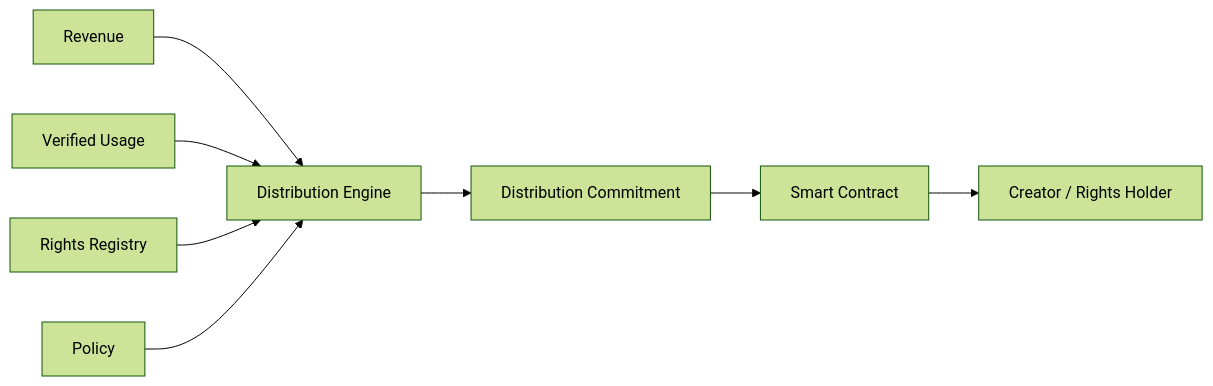
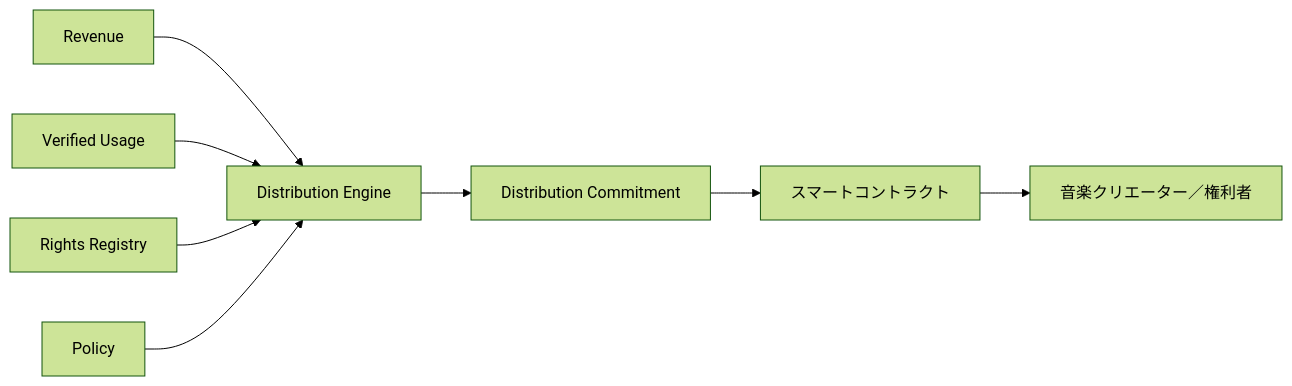
The fifth of 5 diagrams in docs/adr/ADR-0004-creator-distribution-model.md (ShigeichiroYamasaki/creator-first-platform), drawn with Mermaid (forest theme) before and after one commit. The commit also changed other lines of this file and 67 other files, not shown here.

````diff
--- a/docs/adr/ADR-0004-creator-distribution-model.md
+++ b/docs/adr/ADR-0004-creator-distribution-model.md
@@ -610,17 +610,17 @@
 ```mermaid
 flowchart LR
     REV[Revenue]
     USAGE[Verified Usage]
     RIGHTS[Rights Registry]
     POLICY[Policy]
     ENGINE[Distribution Engine]
     ROOT[Distribution Commitment]
-    CONTRACT[Smart Contract]
-    CREATOR[Creator / Rights Holder]
+    CONTRACT[スマートコントラクト]
+    CREATOR[音楽クリエーター／権利者]
 
     REV --> ENGINE
     USAGE --> ENGINE
     RIGHTS --> ENGINE
     POLICY --> ENGINE
     ENGINE --> ROOT --> CONTRACT --> CREATOR
 ```
````
